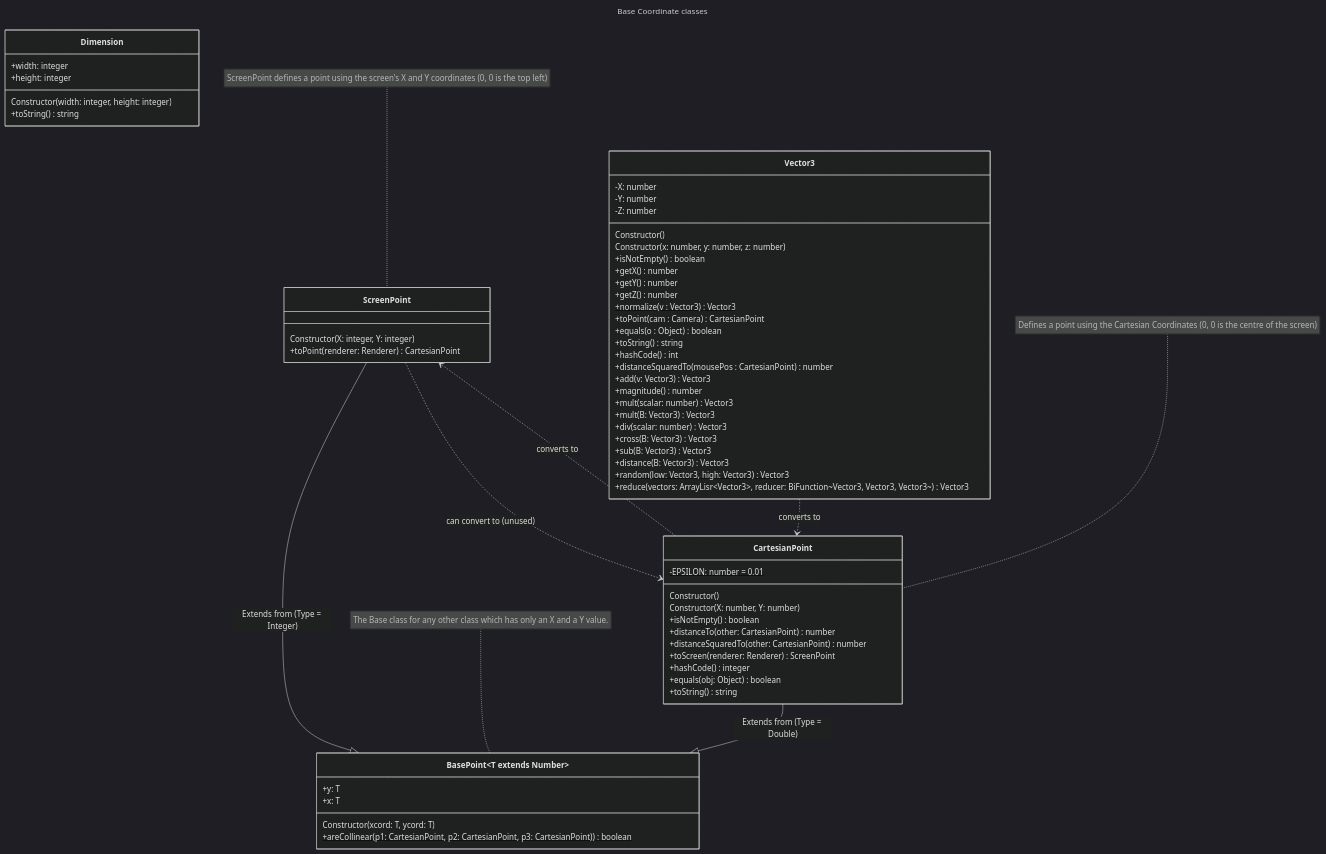
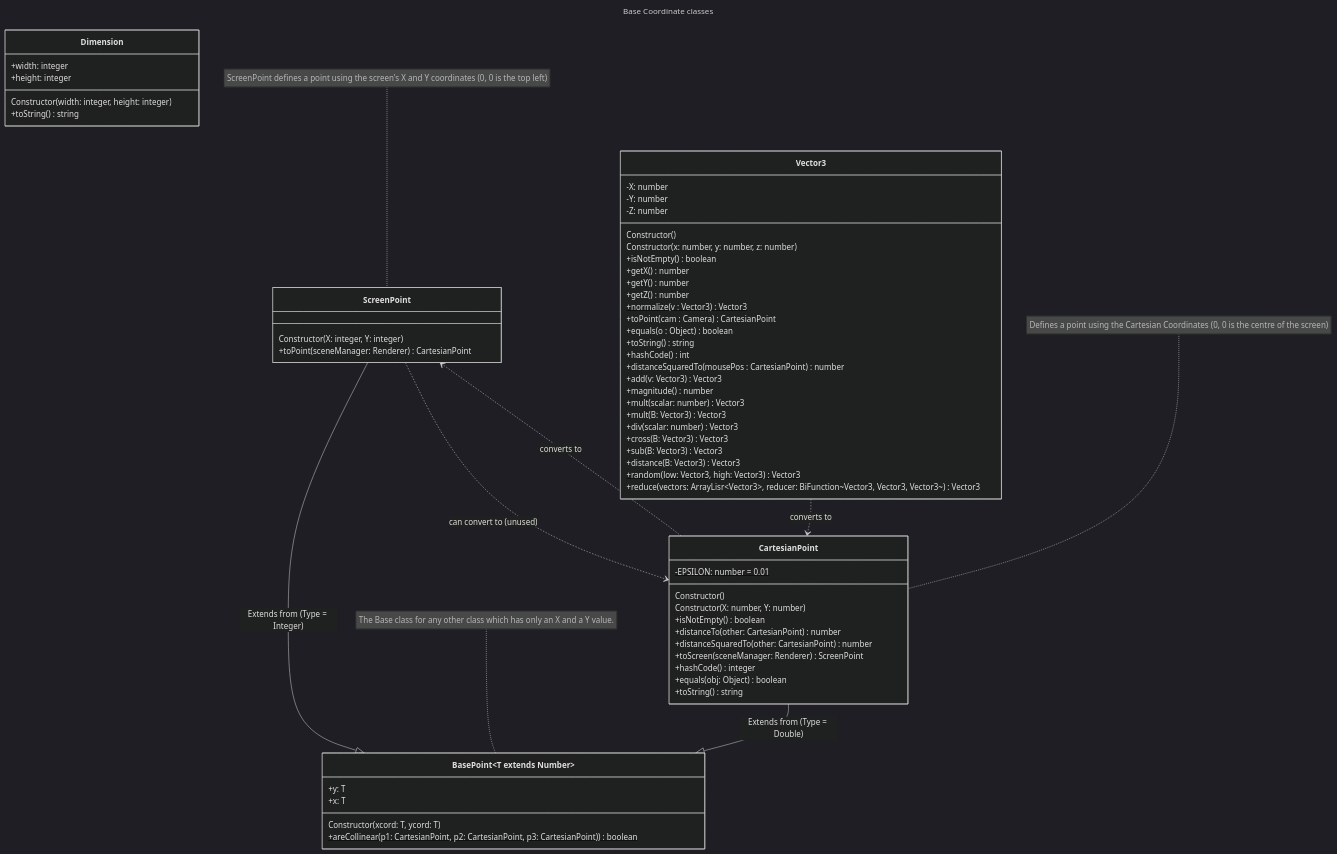
One commit to yetnt/j3engine changed the first of 6 diagrams in impl.md. Above: the diagram before and after it, drawn with Mermaid (dark theme). The commit also changed other lines of this file and 41 other files, not shown here.

First line of the commit message:
refactor(engine): Rename Renderer to SceneManager

````diff
--- a/impl.md
+++ b/impl.md
@@ -9,69 +9,69 @@
 ```mermaid
 ---
 title: Base Coordinate classes
 ---
 classDiagram
     note for ScreenPoint "ScreenPoint defines a point using the screen's X and Y coordinates (0, 0 is the top left)"
     note for BasePoint "The Base class for any other class which has only an X and a Y value."
     note for CartesianPoint "Defines a point using the Cartesian Coordinates (0, 0 is the centre of the screen)"
     ScreenPoint --|> BasePoint~T extends Number~: Extends from (Type = Integer)
     CartesianPoint --|> BasePoint~T extends Number~: Extends from (Type = Double)
     class BasePoint~T extends Number~ {
         +y: T
         +x: T
         Constructor(xcord: T, ycord: T)
         +areCollinear(p1: CartesianPoint, p2: CartesianPoint, p3: CartesianPoint)) boolean$
     }
     CartesianPoint ..> ScreenPoint: converts to
     ScreenPoint ..> CartesianPoint: can convert to (unused)
     Vector3 ..> CartesianPoint: converts to
     class ScreenPoint {
         Constructor(X: integer, Y: integer)
-        +toPoint(renderer: Renderer) CartesianPoint
+        +toPoint(sceneManager: Renderer) CartesianPoint
     }
     class CartesianPoint {
         -EPSILON: number = 0.01$
         Constructor()
         Constructor(X: number, Y: number)
         +isNotEmpty() boolean
         +distanceTo(other: CartesianPoint) number
         +distanceSquaredTo(other: CartesianPoint) number
-        +toScreen(renderer: Renderer) ScreenPoint
+        +toScreen(sceneManager: Renderer) ScreenPoint
         +hashCode() integer
         +equals(obj: Object) boolean
         +toString() string
     }
     class Dimension {
         +width: integer
         +height: integer
         Constructor(width: integer, height: integer)
         +toString() string
     }
     class Vector3 {
         -X: number
         -Y: number
         -Z: number
         Constructor()
         Constructor(x: number, y: number, z: number)
         +isNotEmpty() boolean
         +getX() number
         +getY() number
         +getZ() number
         +normalize(v : Vector3) Vector3$
         +toPoint(cam : Camera) CartesianPoint
         +equals(o : Object) boolean
         +toString() string
         +hashCode() int
         +distanceSquaredTo(mousePos : CartesianPoint) number
         +add(v: Vector3) Vector3
         +magnitude() number
         +mult(scalar: number) Vector3
         +mult(B: Vector3) Vector3
         +div(scalar: number) Vector3
         +cross(B: Vector3) Vector3
         +sub(B: Vector3) Vector3
         +distance(B: Vector3) Vector3
         +random(low: Vector3, high: Vector3) Vector3$
         +reduce(vectors: ArrayLisr~Vector3~, reducer: BiFunction~Vector3, Vector3, Vector3~) Vector3
     }
 ```
````
